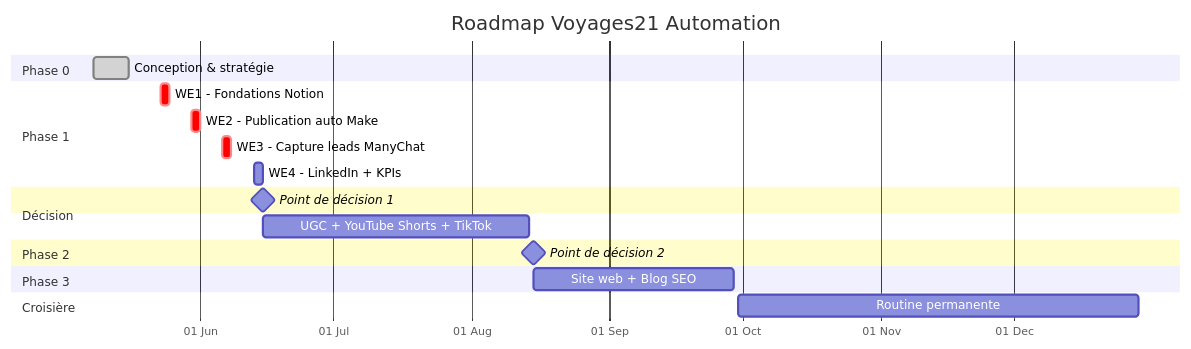
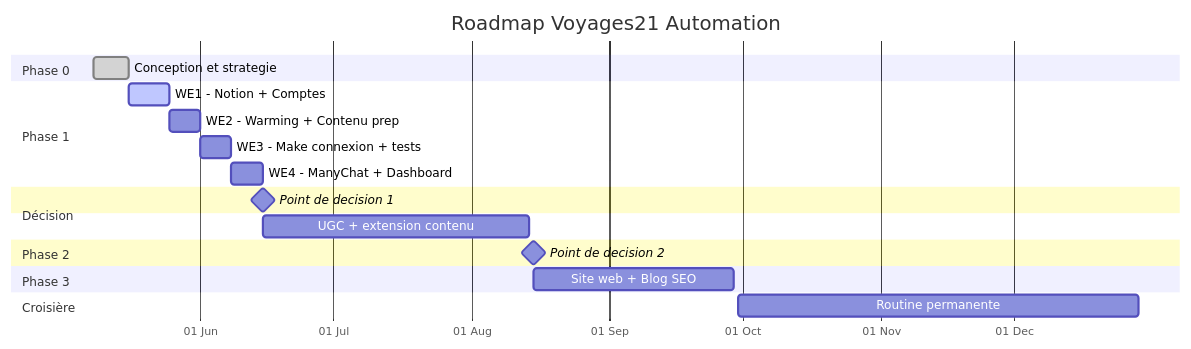
One commit to karimzoubdane-debug/voyages21 changed the diagram in PLANNING.md. Above: the diagram before and after it, drawn with Mermaid. The commit also changed other lines of this file and 2 other files, not shown here.

First line of the commit message:
docs: regle no-emoji + decision 5 plateformes + REPRENDRE_LE_PROJET.md

````diff
--- a/PLANNING.md
+++ b/PLANNING.md
@@ -65,30 +69,30 @@
 ```mermaid
 gantt
     title Roadmap Voyages21 Automation
     dateFormat YYYY-MM-DD
     axisFormat %d %b
 
     section Phase 0
-    Conception & stratégie       :done, p0, 2026-05-08, 2026-05-16
+    Conception et strategie       :done, p0, 2026-05-08, 2026-05-16
 
     section Phase 1
-    WE1 - Fondations Notion       :crit, p1a, 2026-05-23, 2d
-    WE2 - Publication auto Make   :crit, p1b, 2026-05-30, 2d
-    WE3 - Capture leads ManyChat  :crit, p1c, 2026-06-06, 2d
-    WE4 - LinkedIn + KPIs         :p1d, 2026-06-13, 2d
+    WE1 - Notion + Comptes        :active, p1a, 2026-05-16, 9d
+    WE2 - Warming + Contenu prep  :p1b, 2026-05-25, 7d
+    WE3 - Make connexion + tests  :p1c, 2026-06-01, 7d
+    WE4 - ManyChat + Dashboard    :p1d, 2026-06-08, 7d
 
     section Décision
-    Point de décision 1           :milestone, m1, 2026-06-15, 0d
+    Point de decision 1           :milestone, m1, 2026-06-15, 0d
 
     section Phase 2
-    UGC + YouTube Shorts + TikTok :p2, 2026-06-15, 60d
+    UGC + extension contenu       :p2, 2026-06-15, 60d
 
     section Décision
-    Point de décision 2           :milestone, m2, 2026-08-15, 0d
+    Point de decision 2           :milestone, m2, 2026-08-15, 0d
 
     section Phase 3
     Site web + Blog SEO           :p3, 2026-08-15, 45d
 
     section Croisière
     Routine permanente            :p4, 2026-09-30, 90d
 ```
````
